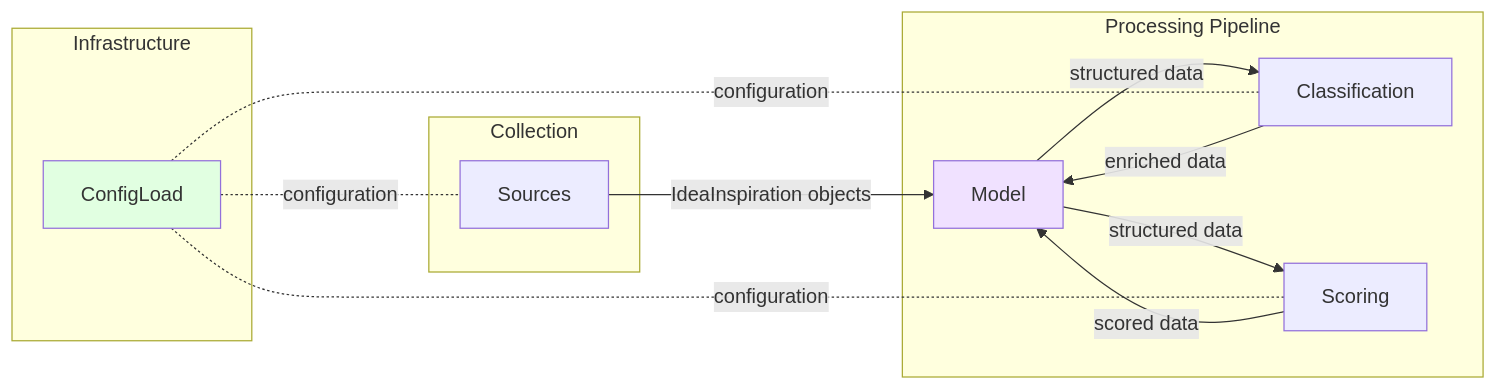
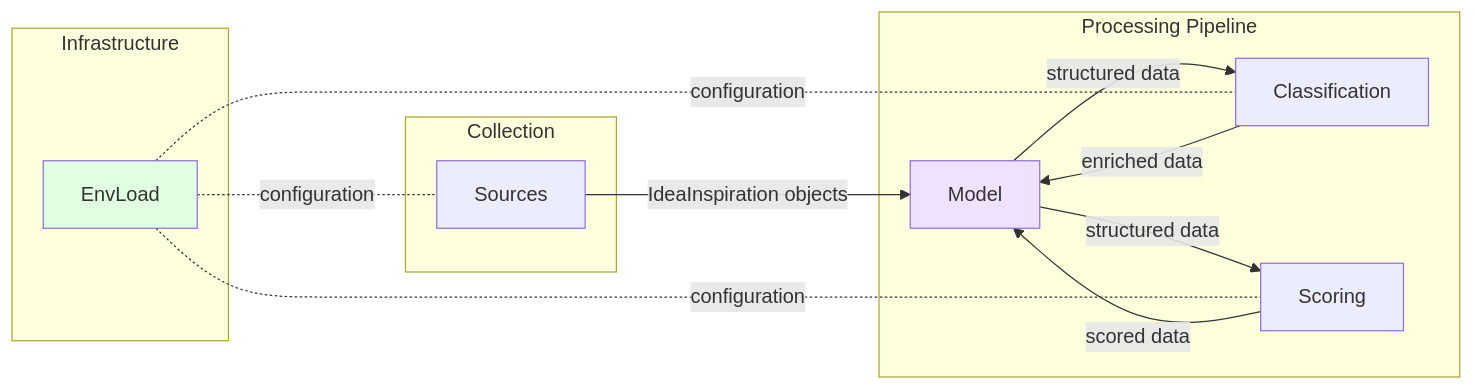
The second of 4 diagrams in T/Idea/Inspiration/_meta/docs/ARCHITECTURE.md (Nomoos/PrismQ), drawn with Mermaid before and after one commit. The commit also changed other lines of this file and 31 other files, not shown here.

Commit message:
Create EnvLoad module and update all references from ConfigLoad to EnvLoad

````diff
--- a/T/Idea/Inspiration/_meta/docs/ARCHITECTURE.md
+++ b/T/Idea/Inspiration/_meta/docs/ARCHITECTURE.md
@@ -191,29 +191,29 @@
 ```mermaid
 graph LR
     subgraph "Collection"
         Sources[Sources]
     end
     
     subgraph "Processing Pipeline"
         Model[Model]
         Classification[Classification]
         Scoring[Scoring]
     end
     
     subgraph "Infrastructure"
-        ConfigLoad[ConfigLoad]
+        EnvLoad[EnvLoad]
     end
     
     Sources -->|IdeaInspiration objects| Model
     Model -->|structured data| Classification
     Model -->|structured data| Scoring
     Classification -->|enriched data| Model
     Scoring -->|scored data| Model
     
-    ConfigLoad -.configuration.- Sources
-    ConfigLoad -.configuration.- Classification
-    ConfigLoad -.configuration.- Scoring
+    EnvLoad -.configuration.- Sources
+    EnvLoad -.configuration.- Classification
+    EnvLoad -.configuration.- Scoring
     
     style Model fill:#f0e1ff
-    style ConfigLoad fill:#e1ffe1
+    style EnvLoad fill:#e1ffe1
 ```
````
